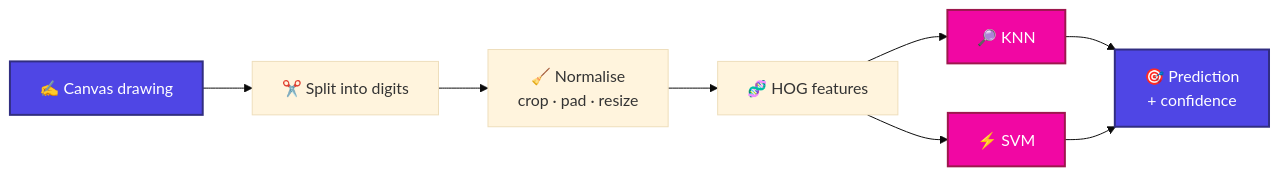
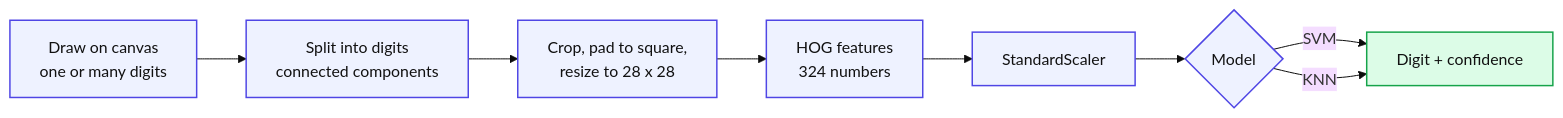
One commit to harshmogha/Digit-Recognition-HOG-KNN-SVM changed the first of 3 diagrams in README.md. Above: the diagram before and after it, drawn with Mermaid (base theme). The commit also changed other lines of this file, not shown here.

````diff
--- a/README.md
+++ b/README.md
@@ -110,15 +174,14 @@
 ```mermaid
 flowchart LR
-    A["✍️ Canvas drawing"] --> B["✂️ Split into digits"]
-    B --> C["🧹 Normalise<br/>crop · pad · resize"]
-    C --> D["🧬 HOG features"]
-    D --> E["🔎 KNN"]
-    D --> F["⚡ SVM"]
-    E --> G["🎯 Prediction<br/>+ confidence"]
-    F --> G
-
-    classDef io fill:#4F46E5,stroke:#312E81,color:#fff,stroke-width:2px;
-    classDef model fill:#F107A3,stroke:#9D174D,color:#fff,stroke-width:2px;
-    class A,G io;
-    class E,F model;
+    A["Draw on canvas<br/>one or many digits"] --> B["Split into digits<br/>connected components"]
+    B --> C["Crop, pad to square,<br/>resize to 28 x 28"]
+    C --> D["HOG features<br/>324 numbers"]
+    D --> E["StandardScaler"]
+    E --> F{"Model"}
+    F -->|SVM| G["Digit + confidence"]
+    F -->|KNN| G
+    classDef step fill:#eef2ff,stroke:#4f46e5,color:#111,stroke-width:1.5px;
+    classDef out fill:#dcfce7,stroke:#16a34a,color:#111,stroke-width:1.5px;
+    class A,B,C,D,E,F step;
+    class G out;
 ```
````
